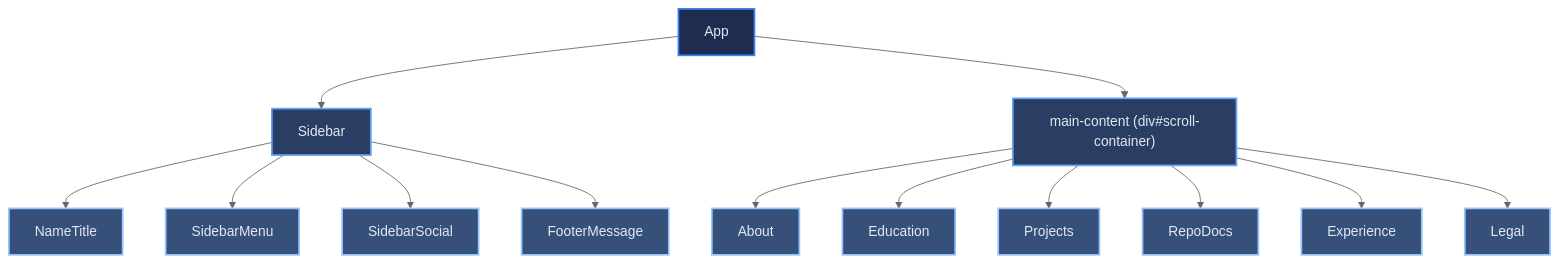
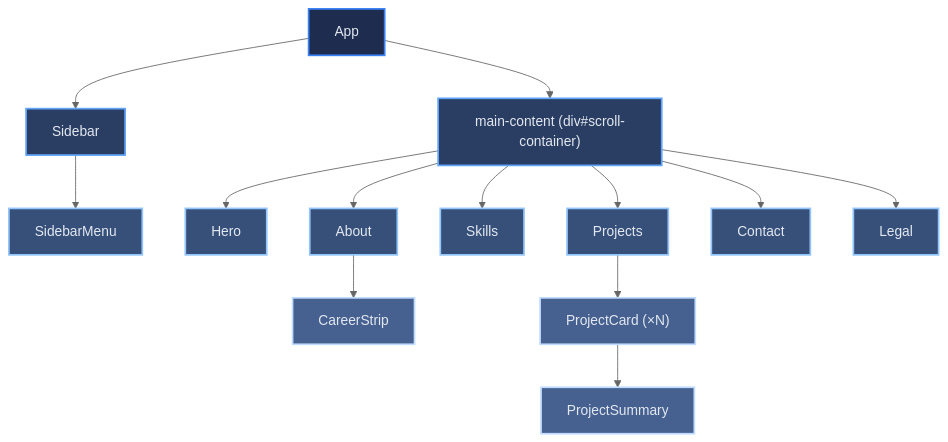
Before and after one commit to Keglev/my-portfolio: the diagram in docs/architecture/05-building-blocks.md, drawn with Mermaid (neutral theme). The commit also changed other lines of this file and 1 other file, not shown here.

````diff
--- a/docs/architecture/05-building-blocks.md
+++ b/docs/architecture/05-building-blocks.md
@@ -20,37 +20,39 @@
 ```mermaid
 graph TD
     App["App"]
     Sidebar["Sidebar"]
     MainContent["main-content (div#scroll-container)"]
-    NameTitle["NameTitle"]
     SidebarMenu["SidebarMenu"]
-    SidebarSocial["SidebarSocial"]
-    FooterMessage["FooterMessage"]
+    Hero["Hero"]
     About["About"]
-    Education["Education"]
+    CareerStrip["CareerStrip"]
+    Skills["Skills"]
     Projects["Projects"]
-    RepoDocs["RepoDocs"]
-    Experience["Experience"]
+    ProjectCard["ProjectCard (×N)"]
+    ProjectSummary["ProjectSummary"]
+    Contact["Contact"]
     Legal["Legal"]
 
     App --> Sidebar
     App --> MainContent
-    Sidebar --> NameTitle
     Sidebar --> SidebarMenu
-    Sidebar --> SidebarSocial
-    Sidebar --> FooterMessage
+    MainContent --> Hero
     MainContent --> About
-    MainContent --> Education
+    About --> CareerStrip
+    MainContent --> Skills
     MainContent --> Projects
-    MainContent --> RepoDocs
-    MainContent --> Experience
+    Projects --> ProjectCard
+    ProjectCard --> ProjectSummary
+    MainContent --> Contact
     MainContent --> Legal
 
     class App l1
     class Sidebar,MainContent l2
-    class NameTitle,SidebarMenu,SidebarSocial,FooterMessage,About,Education,Projects,RepoDocs,Experience,Legal l3
+    class SidebarMenu,Hero,About,Skills,Projects,Contact,Legal l3
+    class CareerStrip,ProjectCard,ProjectSummary l4
 
     classDef l1 fill:#1e2d4f,stroke:#3B82F6,stroke-width:2px,color:#E2E8F0
     classDef l2 fill:#2a3d62,stroke:#60A5FA,stroke-width:2px,color:#E2E8F0
     classDef l3 fill:#37507a,stroke:#93C5FD,stroke-width:2px,color:#E2E8F0
+    classDef l4 fill:#466090,stroke:#BFDBFE,stroke-width:2px,color:#E2E8F0
 ```
````
